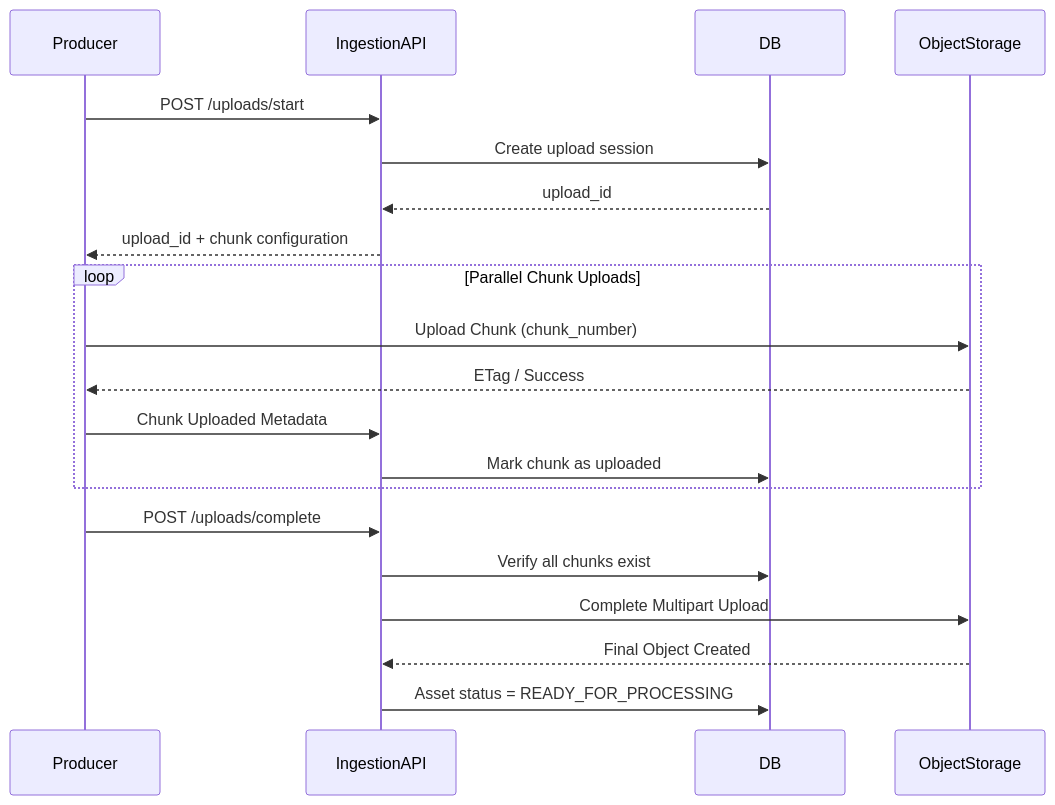
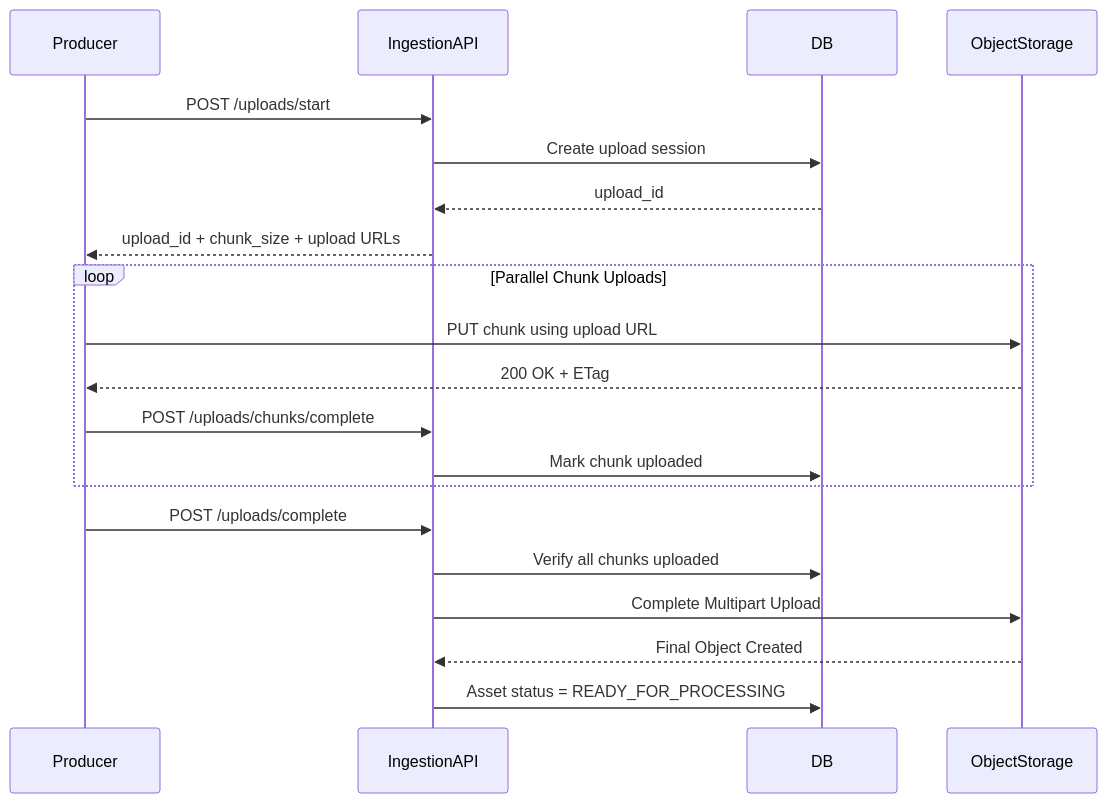
One commit to Veeru123456778/CS-Fundamentals changed the second of 3 diagrams in netflix-system-design.md. Above: the diagram before and after it, drawn with Mermaid. The commit also changed other lines of this file, not shown here.

Commit message:
multipart upload internals and chunking part 2

````diff
--- a/netflix-system-design.md
+++ b/netflix-system-design.md
@@ -123,25 +124,28 @@
 ```mermaid
 sequenceDiagram
     participant Producer
     participant IngestionAPI
     participant DB
     participant ObjectStorage
 
     Producer->>IngestionAPI: POST /uploads/start
     IngestionAPI->>DB: Create upload session
     DB-->>IngestionAPI: upload_id
-    IngestionAPI-->>Producer: upload_id + chunk configuration
+    IngestionAPI-->>Producer: upload_id + chunk_size + upload URLs
 
     loop Parallel Chunk Uploads
-        Producer->>ObjectStorage: Upload Chunk (chunk_number)
-        ObjectStorage-->>Producer: ETag / Success
-        Producer->>IngestionAPI: Chunk Uploaded Metadata
-        IngestionAPI->>DB: Mark chunk as uploaded
+        Producer->>ObjectStorage: PUT chunk using upload URL
+        ObjectStorage-->>Producer: 200 OK + ETag
+
+        Producer->>IngestionAPI: POST /uploads/chunks/complete
+        IngestionAPI->>DB: Mark chunk uploaded
     end
 
     Producer->>IngestionAPI: POST /uploads/complete
-    IngestionAPI->>DB: Verify all chunks exist
+
+    IngestionAPI->>DB: Verify all chunks uploaded
     IngestionAPI->>ObjectStorage: Complete Multipart Upload
     ObjectStorage-->>IngestionAPI: Final Object Created
+
     IngestionAPI->>DB: Asset status = READY_FOR_PROCESSING
 ```
````
